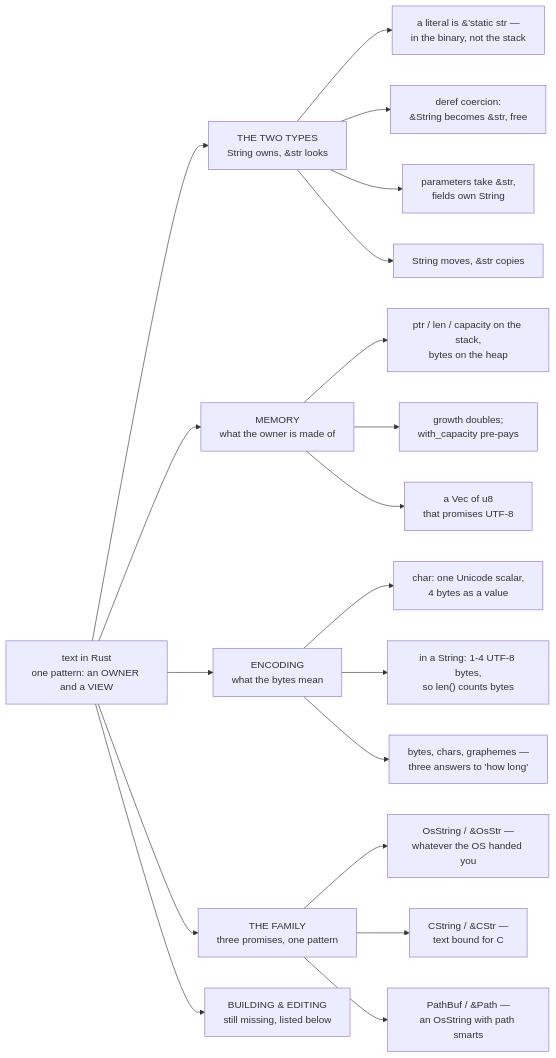
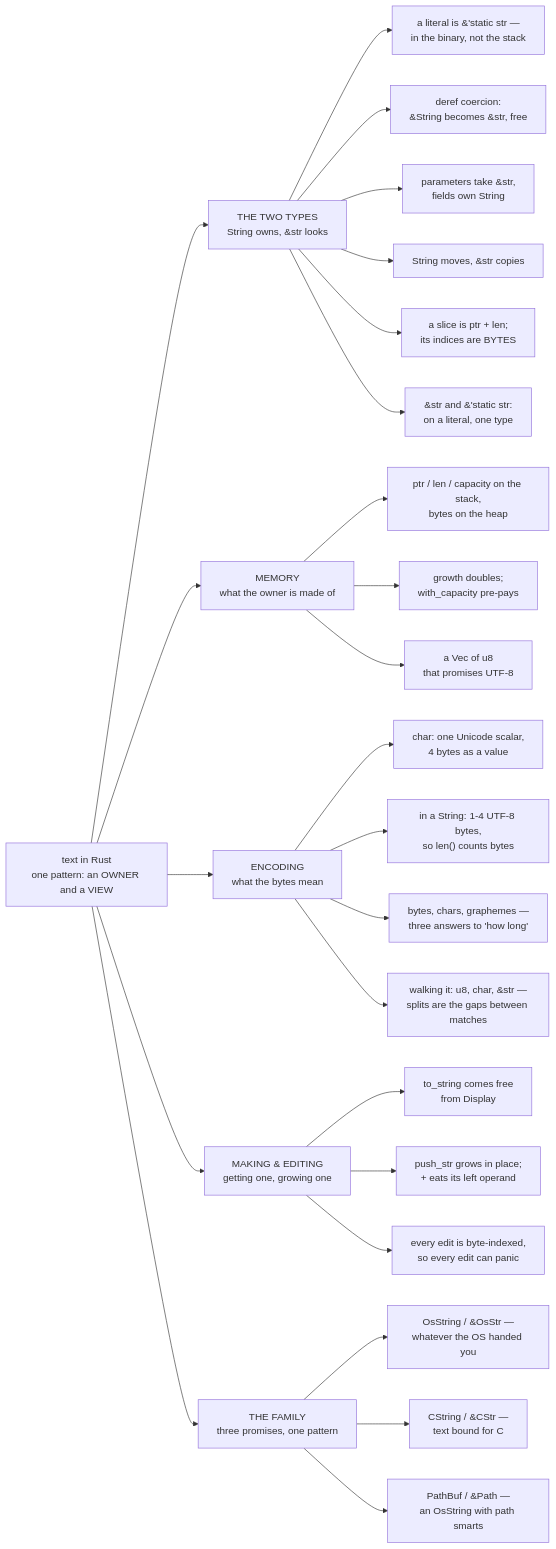
Before and after one commit to masiarek/rust-learning-library: the diagram in STRINGS.md, drawn with Mermaid. The commit also changed other lines of this file and 3 other files, not shown here.

````diff
--- a/STRINGS.md
+++ b/STRINGS.md
@@ -15,27 +15,34 @@
 ```mermaid
 flowchart LR
     S["text in Rust<br/>one pattern: an OWNER and a VIEW"]
 
     S --> TY["THE TWO TYPES<br/>String owns, &str looks"]
     S --> MEM["MEMORY<br/>what the owner is made of"]
     S --> ENC["ENCODING<br/>what the bytes mean"]
+    S --> USE["MAKING & EDITING<br/>getting one, growing one"]
     S --> FAM["THE FAMILY<br/>three promises, one pattern"]
-    S --> ED["BUILDING & EDITING<br/>still missing, listed below"]
 
     TY --> T1["a literal is &'static str —<br/>in the binary, not the stack"]
     TY --> T2["deref coercion:<br/>&String becomes &str, free"]
     TY --> T3["parameters take &str,<br/>fields own String"]
     TY --> T4["String moves, &str copies"]
+    TY --> T5["a slice is ptr + len;<br/>its indices are BYTES"]
+    TY --> T6["&str and &'static str:<br/>on a literal, one type"]
 
     MEM --> M1["ptr / len / capacity on the stack,<br/>bytes on the heap"]
     MEM --> M2["growth doubles;<br/>with_capacity pre-pays"]
     MEM --> M3["a Vec of u8<br/>that promises UTF-8"]
 
     ENC --> E1["char: one Unicode scalar,<br/>4 bytes as a value"]
     ENC --> E2["in a String: 1-4 UTF-8 bytes,<br/>so len() counts bytes"]
     ENC --> E3["bytes, chars, graphemes —<br/>three answers to 'how long'"]
+    ENC --> E4["walking it: u8, char, &str —<br/>splits are the gaps between matches"]
+
+    USE --> U1["to_string comes free<br/>from Display"]
+    USE --> U2["push_str grows in place;<br/>+ eats its left operand"]
+    USE --> U3["every edit is byte-indexed,<br/>so every edit can panic"]
 
     FAM --> F1["OsString / &OsStr —<br/>whatever the OS handed you"]
     FAM --> F2["CString / &CStr —<br/>text bound for C"]
     FAM --> F3["PathBuf / &Path —<br/>an OsString with path smarts"]
 ```
````
